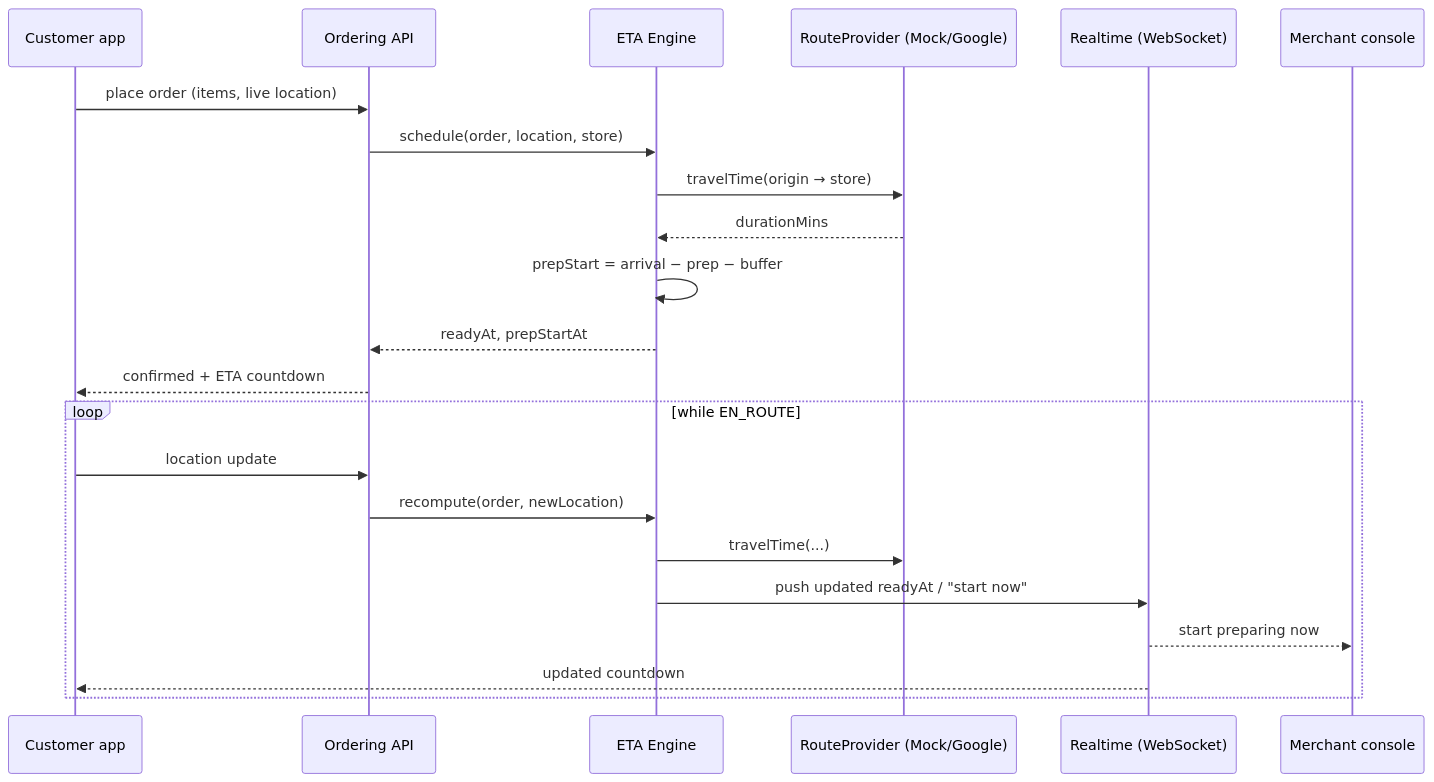
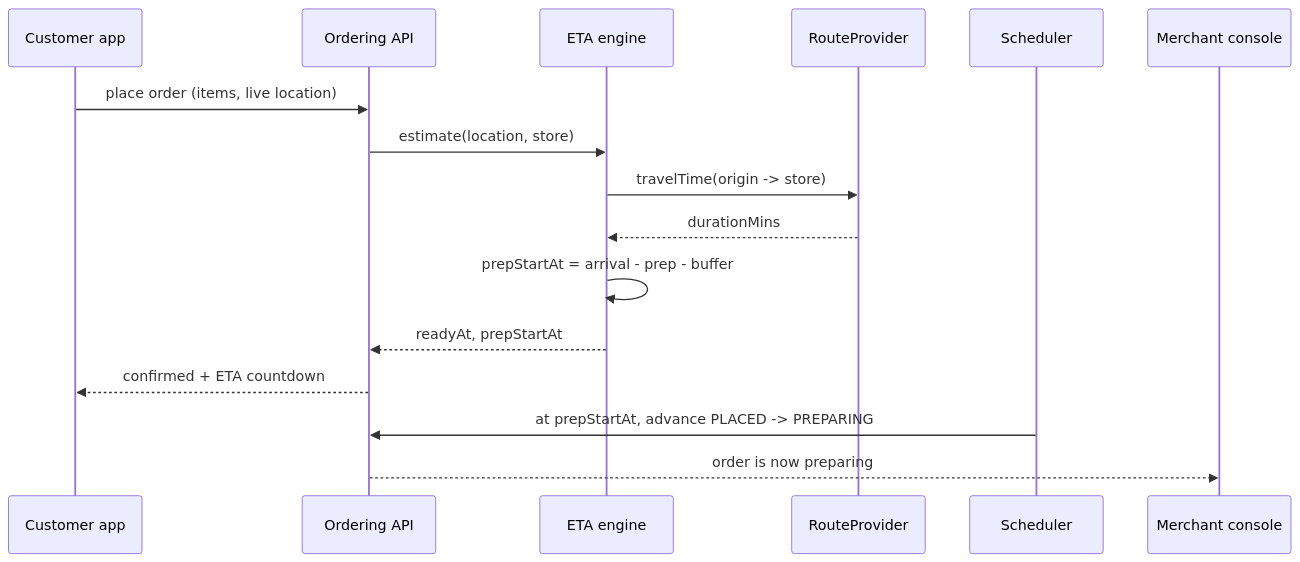
Before and after one commit to ManoharEldhandi/OnTheWay: the fourth of 9 diagrams in ARCHITECTURE.md, drawn with Mermaid. The commit also changed other lines of this file and 21 other files, not shown here.

````diff
--- a/ARCHITECTURE.md
+++ b/ARCHITECTURE.md
@@ -152,25 +131,19 @@
 ```mermaid
 sequenceDiagram
     participant C as Customer app
     participant API as Ordering API
-    participant ETA as ETA Engine
-    participant RP as RouteProvider (Mock/Google)
-    participant RT as Realtime (WebSocket)
+    participant ETA as ETA engine
+    participant RP as RouteProvider
+    participant SCH as Scheduler
     participant M as Merchant console
 
     C->>API: place order (items, live location)
-    API->>ETA: schedule(order, location, store)
-    ETA->>RP: travelTime(origin → store)
+    API->>ETA: estimate(location, store)
+    ETA->>RP: travelTime(origin -> store)
     RP-->>ETA: durationMins
-    ETA->>ETA: prepStart = arrival − prep − buffer
+    ETA->>ETA: prepStartAt = arrival - prep - buffer
     ETA-->>API: readyAt, prepStartAt
     API-->>C: confirmed + ETA countdown
-    loop while EN_ROUTE
-      C->>API: location update
-      API->>ETA: recompute(order, newLocation)
-      ETA->>RP: travelTime(...)
-      ETA->>RT: push updated readyAt / "start now"
-      RT-->>M: start preparing now
-      RT-->>C: updated countdown
-    end
+    SCH->>API: at prepStartAt, advance PLACED -> PREPARING
+    API-->>M: order is now preparing
 ```
````
